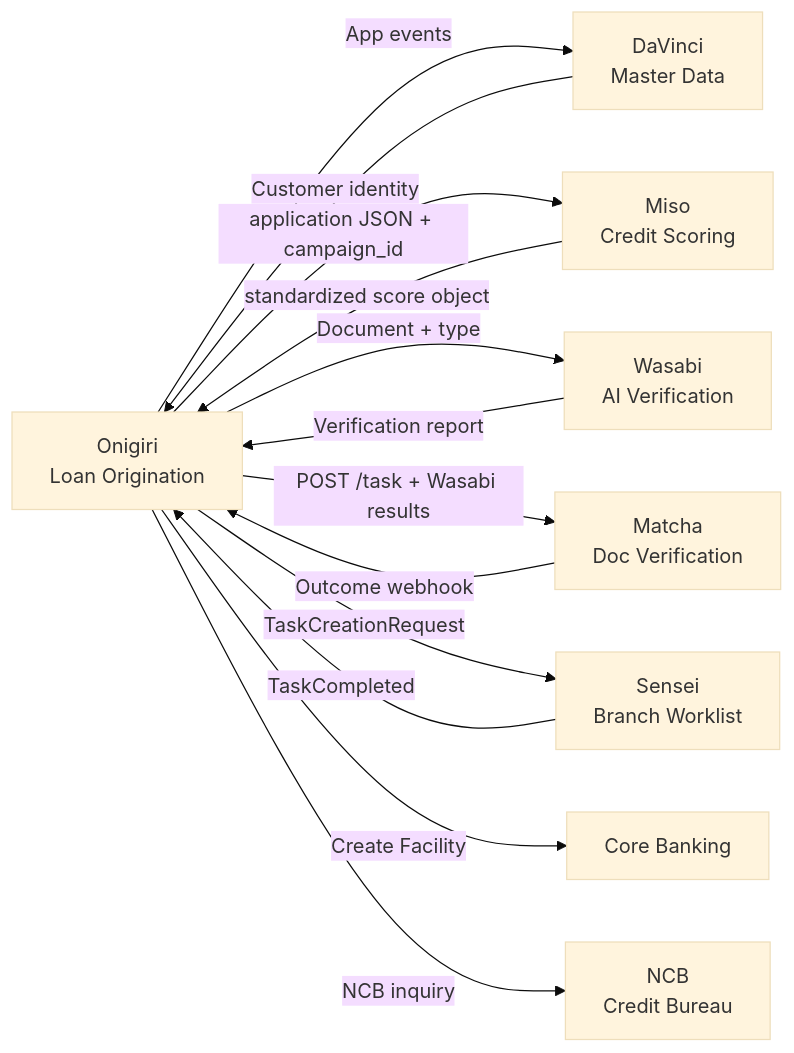
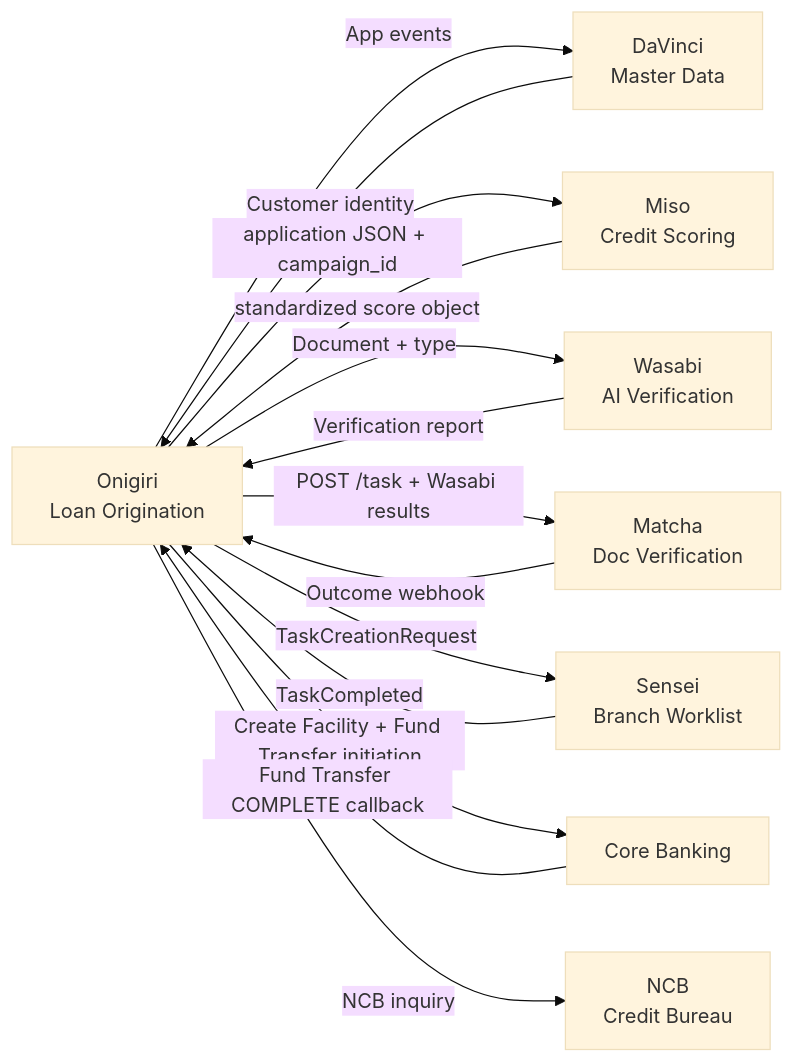
One commit to chanatan-sri/TurboProduct changed the second of 2 diagrams in product/credit/onigiri/PRODUCT.md. Above: the diagram before and after it, drawn with Mermaid (base theme). The commit also changed other lines of this file and 7 other files, not shown here.

First line of the commit message:
feat(onigiri): complete disbursement-orchestration capability spec

````diff
--- a/product/credit/onigiri/PRODUCT.md
+++ b/product/credit/onigiri/PRODUCT.md
@@ -140,24 +153,25 @@
 ```mermaid
 graph LR
     Onigiri[Onigiri\nLoan Origination]
     Miso[Miso\nCredit Scoring]
     DaVinci[DaVinci\nMaster Data]
     Wasabi[Wasabi\nAI Verification]
     Matcha[Matcha\nDoc Verification]
     Sensei[Sensei\nBranch Worklist]
     CoreBanking[Core Banking]
     NCB[NCB\nCredit Bureau]
 
     DaVinci -->|Customer identity| Onigiri
     Onigiri -->|App events| DaVinci
     Onigiri -->|application JSON + campaign_id| Miso
     Miso -->|standardized score object| Onigiri
     Onigiri -->|Document + type| Wasabi
     Wasabi -->|Verification report| Onigiri
     Onigiri -->|POST /task + Wasabi results| Matcha
     Matcha -->|Outcome webhook| Onigiri
     Onigiri -->|TaskCreationRequest| Sensei
     Sensei -->|TaskCompleted| Onigiri
-    Onigiri -->|Create Facility| CoreBanking
+    Onigiri -->|Create Facility + Fund Transfer initiation| CoreBanking
+    CoreBanking -->|Fund Transfer COMPLETE callback| Onigiri
     Onigiri -->|NCB inquiry| NCB
 ```
````
